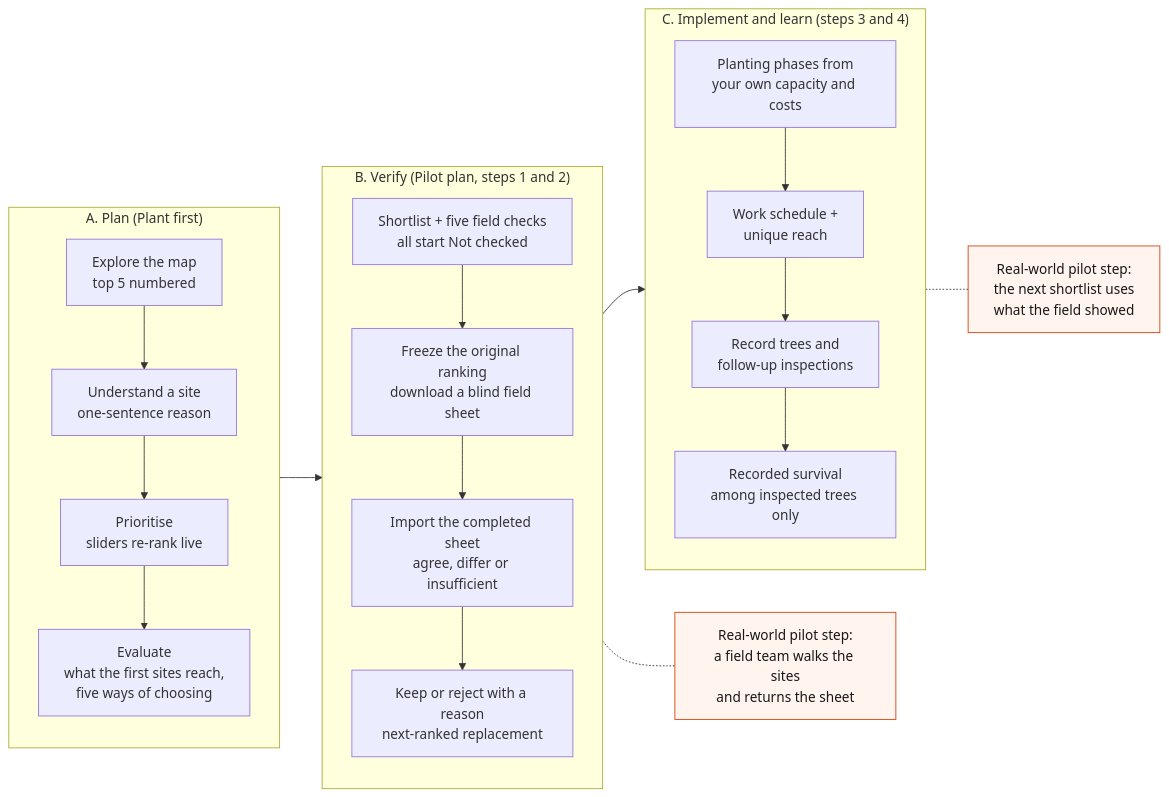
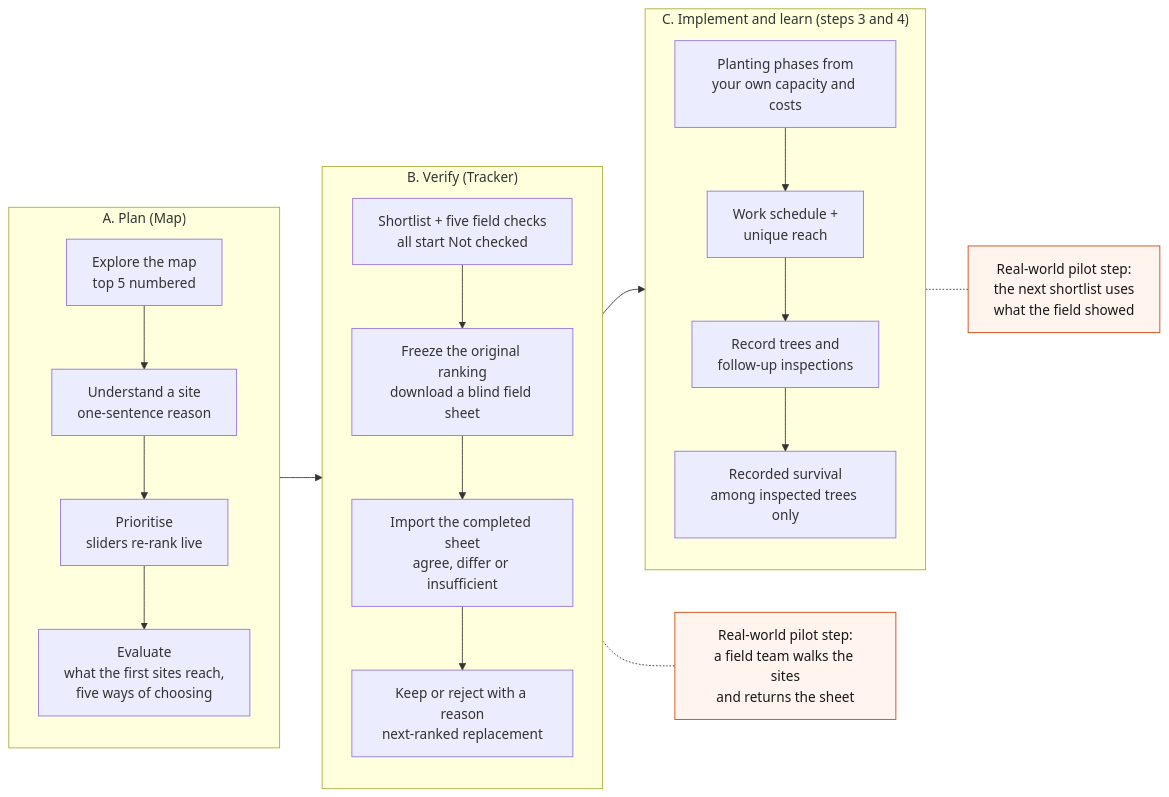
The first of 3 diagrams in README.md (mpip0505/simedarbyhackathon), drawn with Mermaid before and after one commit. The commit also changed other lines of this file and 3 other files, not shown here.

````diff
--- a/README.md
+++ b/README.md
@@ -48,25 +48,25 @@
 ```mermaid
 flowchart LR
-  subgraph A["A. Plan (Plant first)"]
+  subgraph A["A. Plan (Map)"]
     direction TB
     A1["Explore the map<br/>top 5 numbered"] --> A2["Understand a site<br/>one-sentence reason"]
     A2 --> A3["Prioritise<br/>sliders re-rank live"]
     A3 --> A4["Evaluate<br/>what the first sites reach,<br/>five ways of choosing"]
   end
-  subgraph B["B. Verify (Pilot plan, steps 1 and 2)"]
+  subgraph B["B. Verify (Tracker)"]
     direction TB
     B1["Shortlist + five field checks<br/>all start Not checked"] --> B2["Freeze the original ranking<br/>download a blind field sheet"]
     B2 --> B3["Import the completed sheet<br/>agree, differ or insufficient"]
     B3 --> B4["Keep or reject with a reason<br/>next-ranked replacement"]
   end
   subgraph C["C. Implement and learn (steps 3 and 4)"]
     direction TB
     C1["Planting phases from<br/>your own capacity and costs"] --> C2["Work schedule +<br/>unique reach"]
     C2 --> C3["Record trees and<br/>follow-up inspections"]
     C3 --> C4["Recorded survival<br/>among inspected trees only"]
   end
   A --> B --> C
   B -.- F["Real-world pilot step:<br/>a field team walks the sites<br/>and returns the sheet"]:::real
   C -.- L["Real-world pilot step:<br/>the next shortlist uses<br/>what the field showed"]:::real
   classDef real fill:#fff4ee,stroke:#d13c06,color:#181816
 ```
````
